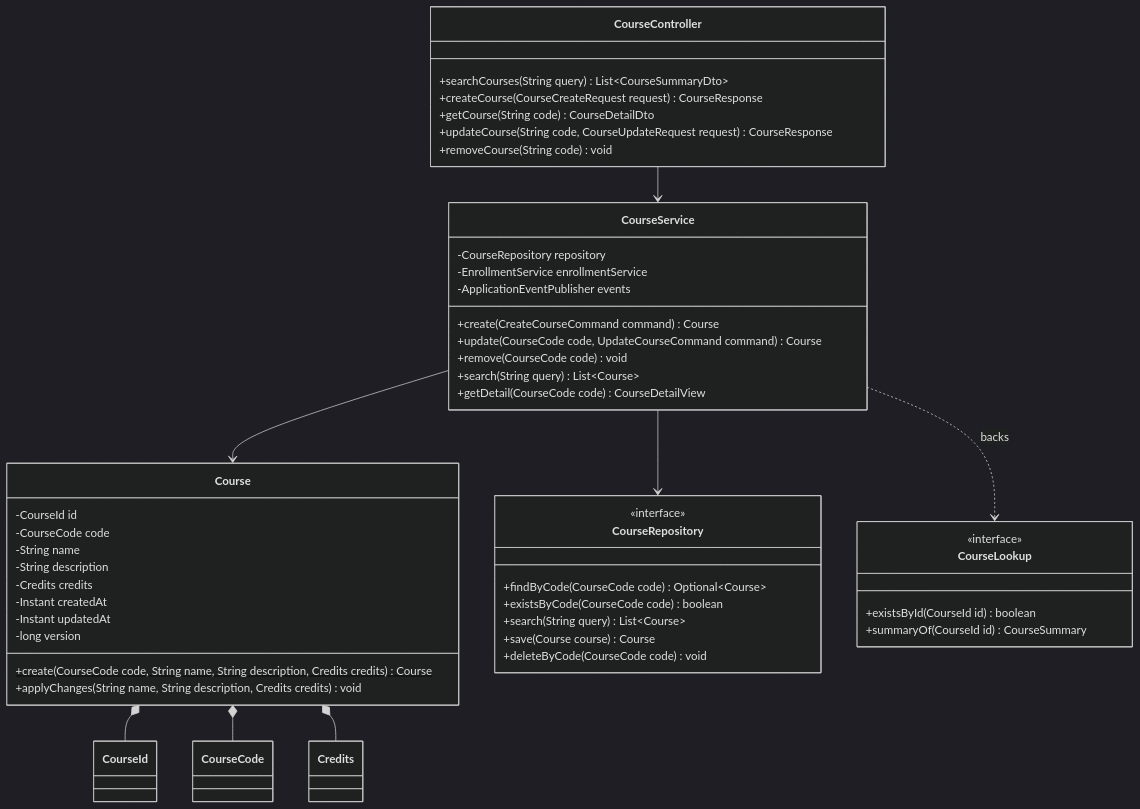
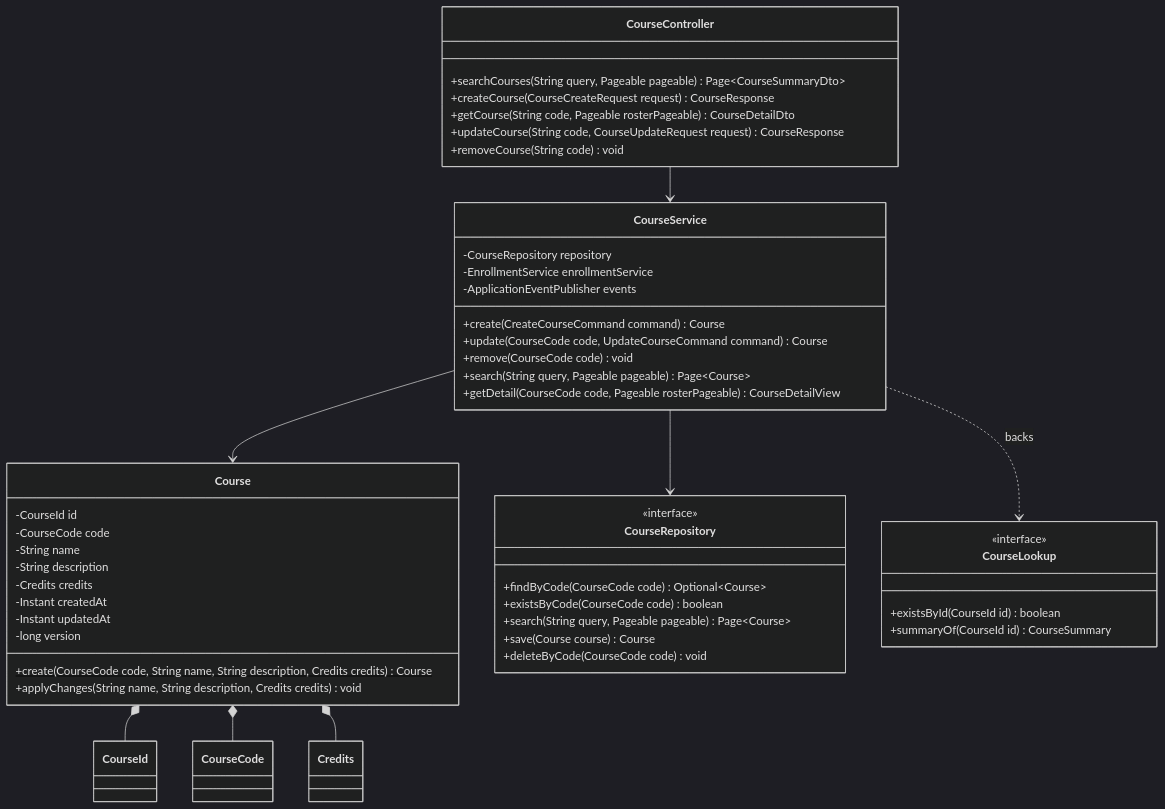
Before and after one commit to phuchoang2005/Student-Management-System: the third of 6 diagrams in docs/SA-docs/06-low-level-design.md, drawn with Mermaid (dark theme). The commit also changed other lines of this file and 20 other files, not shown here.

````diff
--- a/docs/SA-docs/06-low-level-design.md
+++ b/docs/SA-docs/06-low-level-design.md
@@ -323,52 +323,52 @@
 ```mermaid
 classDiagram
     class CourseController {
-        +searchCourses(String query) List~CourseSummaryDto~
+        +searchCourses(String query, Pageable pageable) Page~CourseSummaryDto~
         +createCourse(CourseCreateRequest request) CourseResponse
-        +getCourse(String code) CourseDetailDto
+        +getCourse(String code, Pageable rosterPageable) CourseDetailDto
         +updateCourse(String code, CourseUpdateRequest request) CourseResponse
         +removeCourse(String code) void
     }
     class CourseService {
         -CourseRepository repository
         -EnrollmentService enrollmentService
         -ApplicationEventPublisher events
         +create(CreateCourseCommand command) Course
         +update(CourseCode code, UpdateCourseCommand command) Course
         +remove(CourseCode code) void
-        +search(String query) List~Course~
-        +getDetail(CourseCode code) CourseDetailView
+        +search(String query, Pageable pageable) Page~Course~
+        +getDetail(CourseCode code, Pageable rosterPageable) CourseDetailView
     }
     class Course {
         -CourseId id
         -CourseCode code
         -String name
         -String description
         -Credits credits
         -Instant createdAt
         -Instant updatedAt
         -long version
         +create(CourseCode code, String name, String description, Credits credits)$ Course
         +applyChanges(String name, String description, Credits credits) void
     }
     class CourseRepository {
         <<interface>>
         +findByCode(CourseCode code) Optional~Course~
         +existsByCode(CourseCode code) boolean
-        +search(String query) List~Course~
+        +search(String query, Pageable pageable) Page~Course~
         +save(Course course) Course
         +deleteByCode(CourseCode code) void
     }
     class CourseLookup {
         <<interface>>
         +existsById(CourseId id) boolean
         +summaryOf(CourseId id) CourseSummary
     }
     CourseController --> CourseService
     CourseService --> Course
     CourseService --> CourseRepository
     CourseService ..> CourseLookup : backs
     Course *-- CourseId
     Course *-- CourseCode
     Course *-- Credits
 ```
````
